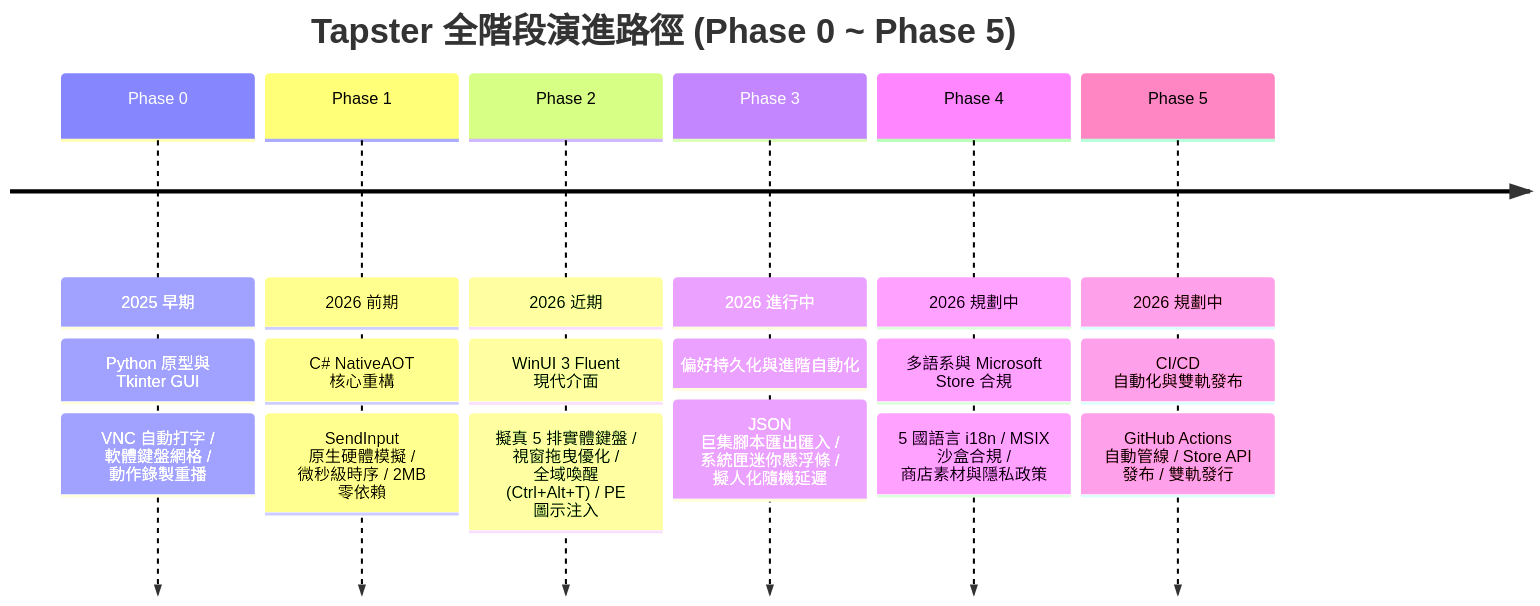
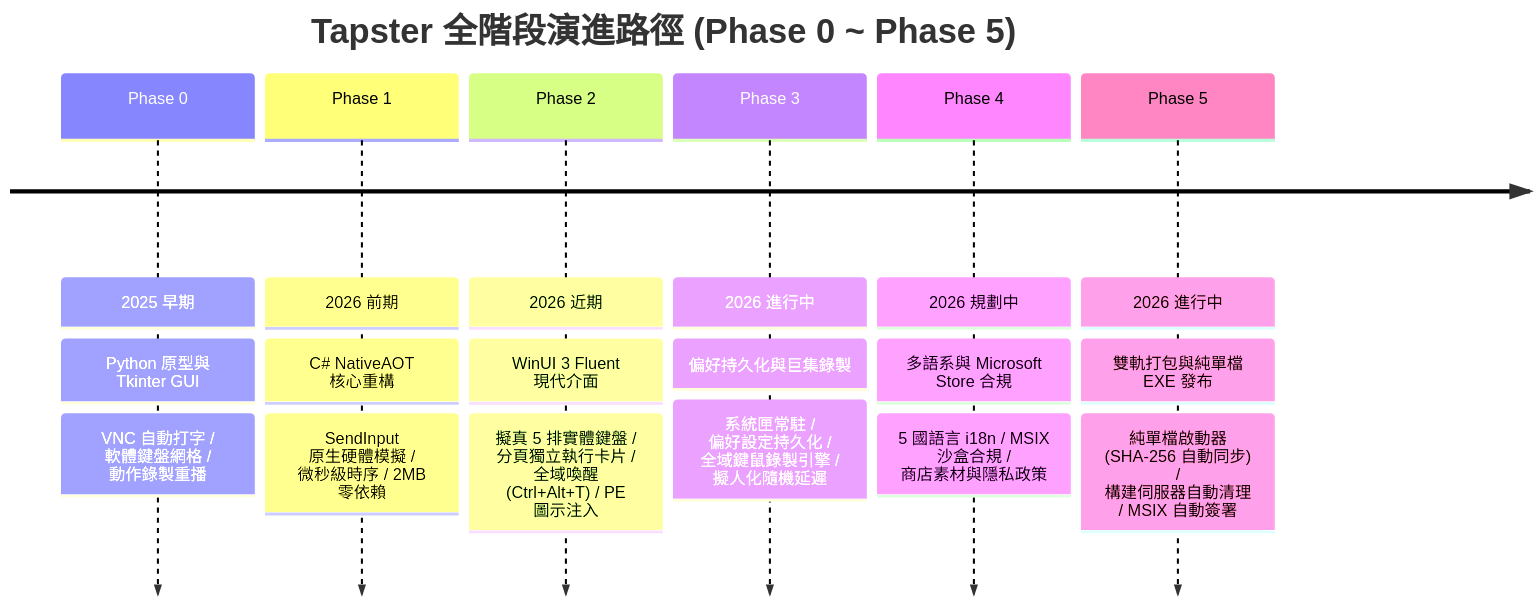
One commit to Youchenjiang/Script-List changed the diagram in automation/tapster-native/docs/ROADMAP.md. Above: the diagram before and after it, drawn with Mermaid. The commit also changed other lines of this file, not shown here.

First line of the commit message:
docs(tapster): synchronize roadmap with latest architectural specifications

````diff
--- a/automation/tapster-native/docs/ROADMAP.md
+++ b/automation/tapster-native/docs/ROADMAP.md
@@ -11,10 +11,10 @@
 ```mermaid
 timeline
     title Tapster 全階段演進路徑 (Phase 0 ~ Phase 5)
     Phase 0 : 2025 早期 : Python 原型與 Tkinter GUI : VNC 自動打字 / 軟體鍵盤網格 / 動作錄製重播
     Phase 1 : 2026 前期 : C# NativeAOT 核心重構 : SendInput 原生硬體模擬 / 微秒級時序 / 2MB 零依賴
-    Phase 2 : 2026 近期 : WinUI 3 Fluent 現代介面 : 擬真 5 排實體鍵盤 / 視窗拖曳優化 / 全域喚醒 (Ctrl+Alt+T) / PE 圖示注入
-    Phase 3 : 2026 進行中 : 偏好持久化與進階自動化 : JSON 巨集腳本匯出匯入 / 系統匣迷你懸浮條 / 擬人化隨機延遲
+    Phase 2 : 2026 近期 : WinUI 3 Fluent 現代介面 : 擬真 5 排實體鍵盤 / 分頁獨立執行卡片 / 全域喚醒 (Ctrl+Alt+T) / PE 圖示注入
+    Phase 3 : 2026 進行中 : 偏好持久化與巨集錄製 : 系統匣常駐 / 偏好設定持久化 / 全域鍵鼠錄製引擎 / 擬人化隨機延遲
     Phase 4 : 2026 規劃中 : 多語系與 Microsoft Store 合規 : 5 國語言 i18n / MSIX 沙盒合規 / 商店素材與隱私政策
-    Phase 5 : 2026 規劃中 : CI/CD 自動化與雙軌發布 : GitHub Actions 自動管線 / Store API 發布 / 雙軌發行
+    Phase 5 : 2026 進行中 : 雙軌打包與純單檔 EXE 發布 : 純單檔啟動器 (SHA-256 自動同步) / 構建伺服器自動清理 / MSIX 自動簽署
 ```
````
